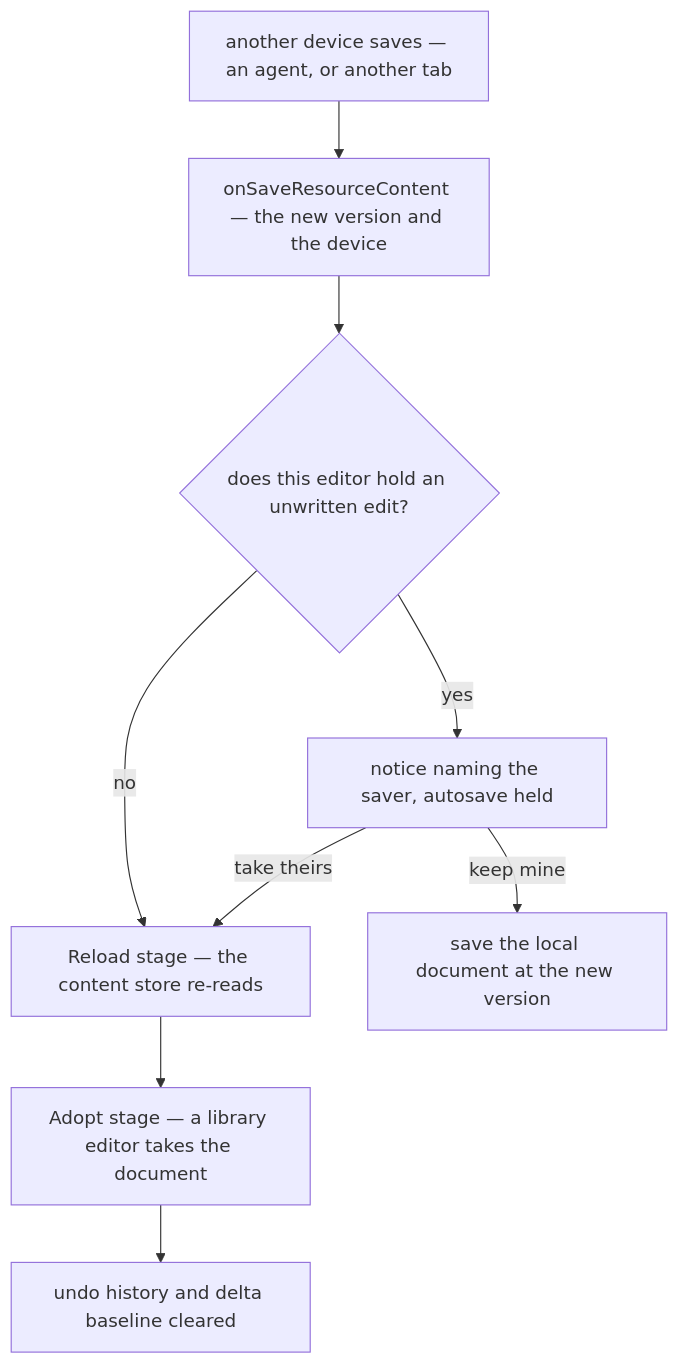
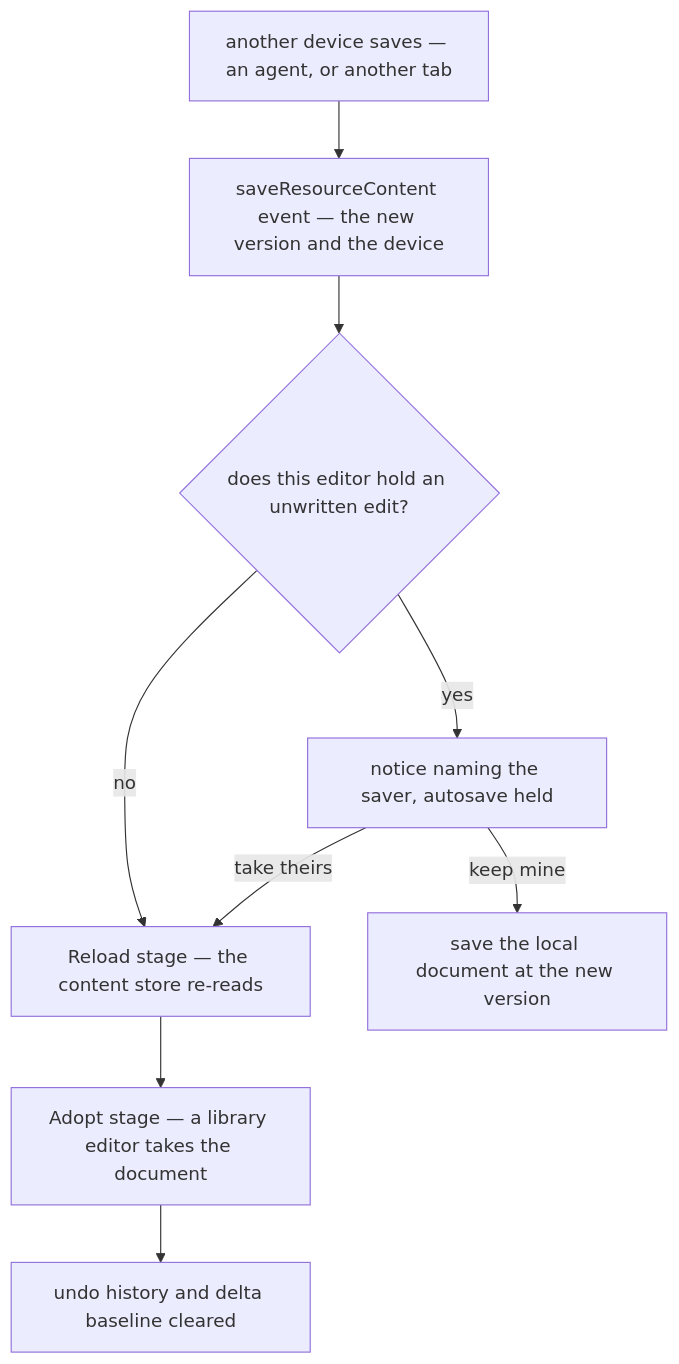
The diagram in openspec/specs/architecture/ai-native-resources/live-edits/design.md (Esposter/Esposter), drawn with Mermaid before and after one commit. The commit also changed other lines of this file and 10 other files, not shown here.

````diff
--- a/openspec/specs/architecture/ai-native-resources/live-edits/design.md
+++ b/openspec/specs/architecture/ai-native-resources/live-edits/design.md
@@ -28,11 +28,11 @@
 ```mermaid
 flowchart TD
-  SAVE["another device saves — an agent, or another tab"] --> EVENT["onSaveResourceContent — the new version and the device"]
+  SAVE["another device saves — an agent, or another tab"] --> EVENT["saveResourceContent event — the new version and the device"]
   EVENT --> DIRTY{"does this editor hold an unwritten edit?"}
   DIRTY -->|no| RELOAD["Reload stage — the content store re-reads"]
   RELOAD --> ADOPT["Adopt stage — a library editor takes the document"]
   ADOPT --> CLEAR["undo history and delta baseline cleared"]
   DIRTY -->|yes| ASK["notice naming the saver, autosave held"]
   ASK -->|"take theirs"| RELOAD
   ASK -->|"keep mine"| WRITE["save the local document at the new version"]
 ```
````
